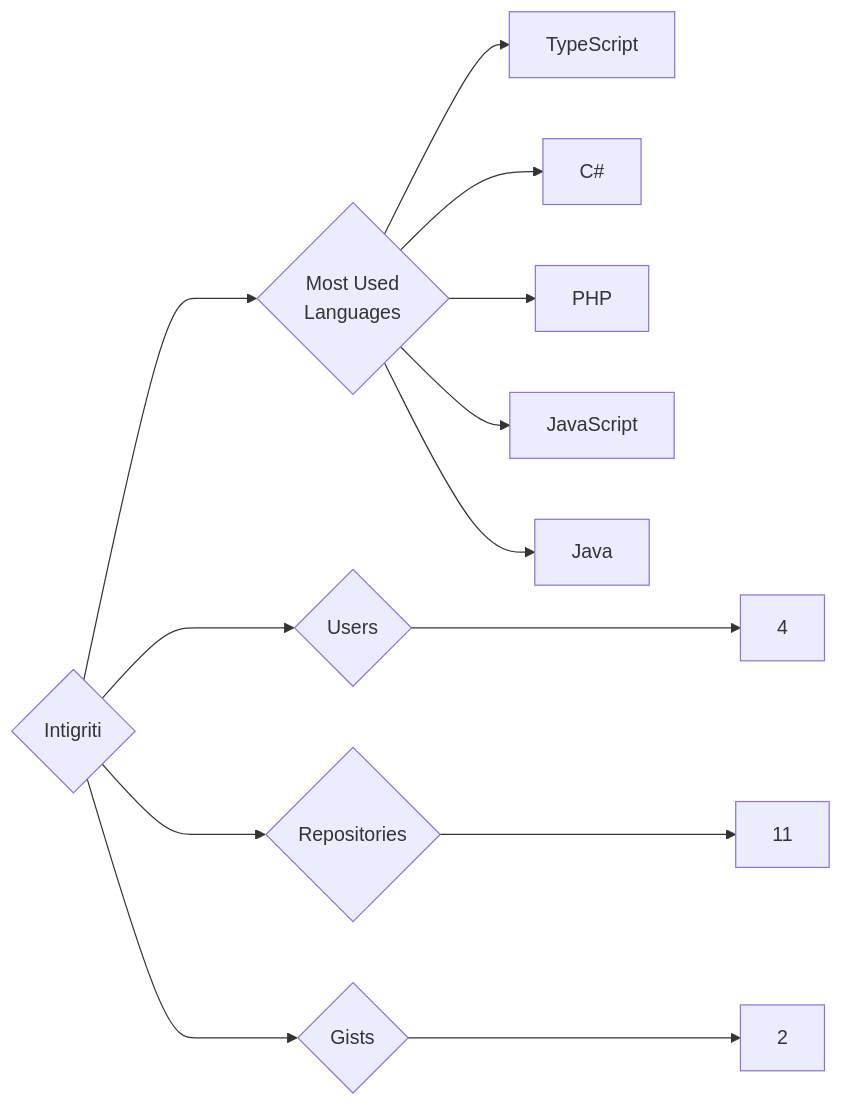
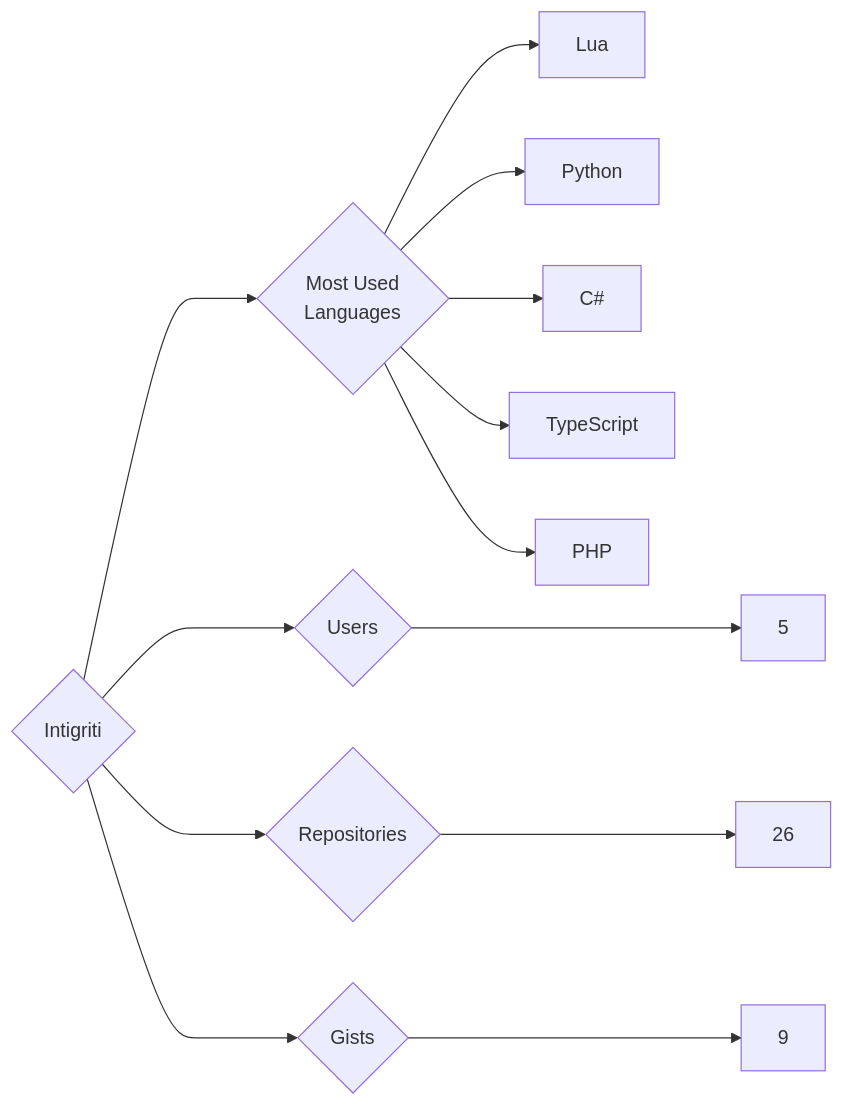
Before and after one commit to trickest/insiders: the diagram in targets/Intigriti/README.md, drawn with Mermaid. The commit also changed 985 other files, not shown here.

````diff
--- a/targets/Intigriti/README.md
+++ b/targets/Intigriti/README.md
@@ -3,13 +3,13 @@
 ```mermaid
 graph LR
 COMPANY_NAME{Intigriti}
-COMPANY_NAME ---> U{Users} ---> UN[4]
-COMPANY_NAME ---> R{Repositories} ---> RN[11]
-COMPANY_NAME ---> G{Gists} ---> GN[2]
+COMPANY_NAME ---> U{Users} ---> UN[5]
+COMPANY_NAME ---> R{Repositories} ---> RN[26]
+COMPANY_NAME ---> G{Gists} ---> GN[9]
 COMPANY_NAME ---> ML{Most Used<br>Languages}
+ML --> Lua[Lua]
+ML --> Python[Python]
+ML --> C#[C#]
 ML --> TypeScript[TypeScript]
-ML --> C#[C#]
 ML --> PHP[PHP]
-ML --> JavaScript[JavaScript]
-ML --> Java[Java]
 ```
````
